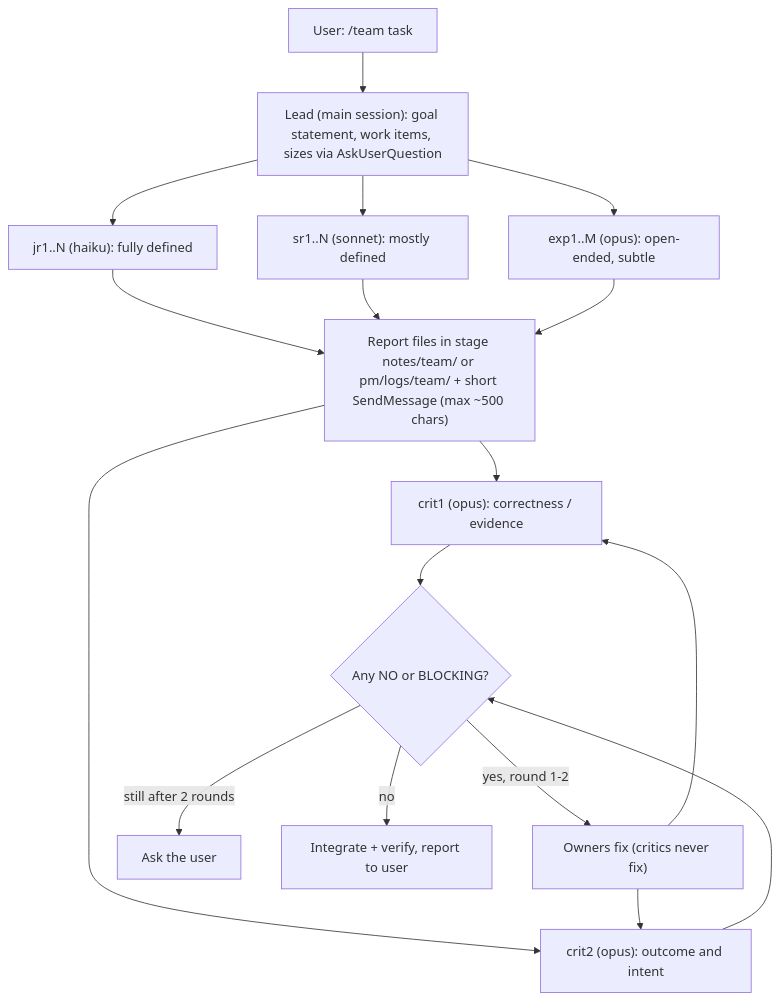
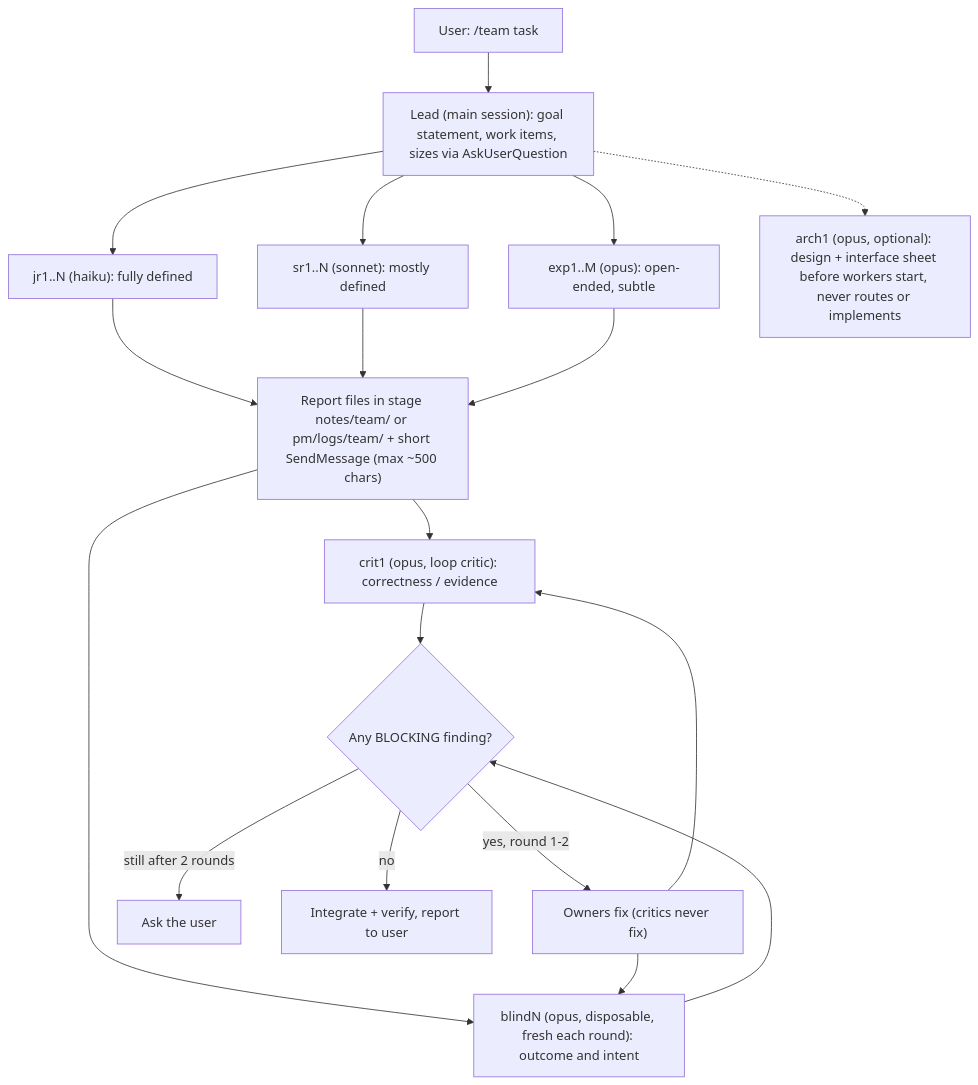
Before and after one commit to xylophoneengine/research-kit: the fourth of 5 diagrams in README.md, drawn with Mermaid. The commit also changed other lines of this file and 21 other files, not shown here.

````diff
--- a/README.md
+++ b/README.md
@@ -404,19 +404,20 @@
 ```mermaid
 flowchart TD
   U["User: /team task"] --> L["Lead (main session): goal statement, work items, sizes via AskUserQuestion"]
   L --> J["jr1..N (haiku): fully defined"]
   L --> S["sr1..N (sonnet): mostly defined"]
   L --> E["exp1..M (opus): open-ended, subtle"]
   J --> R["Report files in stage notes/team/ or pm/logs/team/ + short SendMessage (max ~500 chars)"]
   S --> R
   E --> R
-  R --> C1["crit1 (opus): correctness / evidence"]
-  R --> C2["crit2 (opus): outcome and intent"]
-  C1 --> V{"Any NO or BLOCKING?"}
+  L -.-> A["arch1 (opus, optional): design + interface sheet before workers start, never routes or implements"]
+  R --> C1["crit1 (opus, loop critic): correctness / evidence"]
+  R --> C2["blindN (opus, disposable, fresh each round): outcome and intent"]
+  C1 --> V{"Any BLOCKING finding?"}
   C2 --> V
   V -- "yes, round 1-2" --> F["Owners fix (critics never fix)"]
   F --> C1
   F --> C2
   V -- "still after 2 rounds" --> Q["Ask the user"]
   V -- "no" --> I["Integrate + verify, report to user"]
 ```
````
